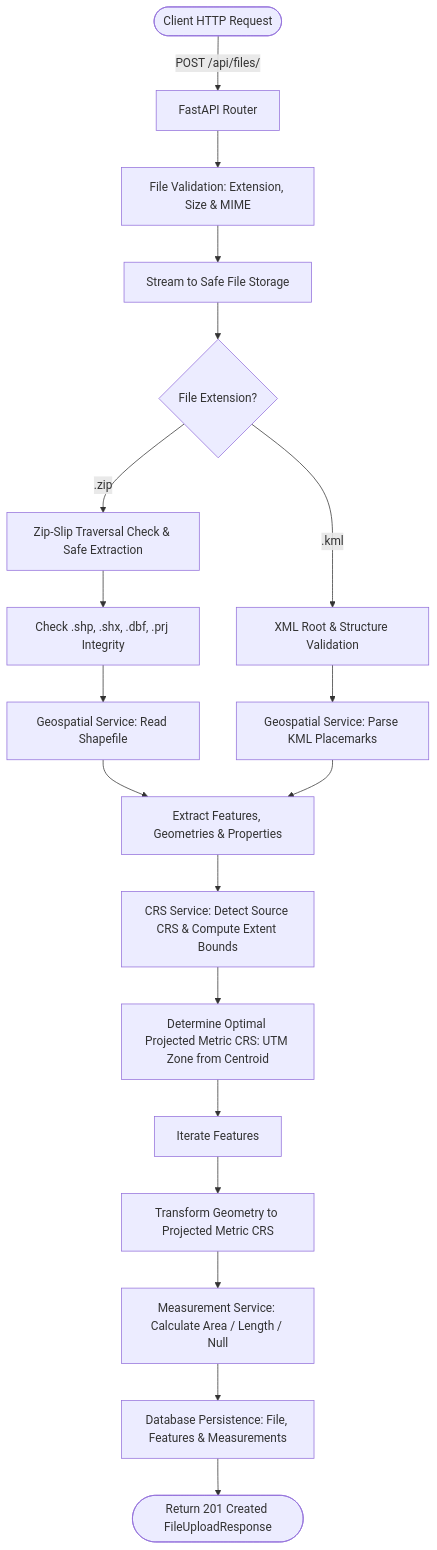
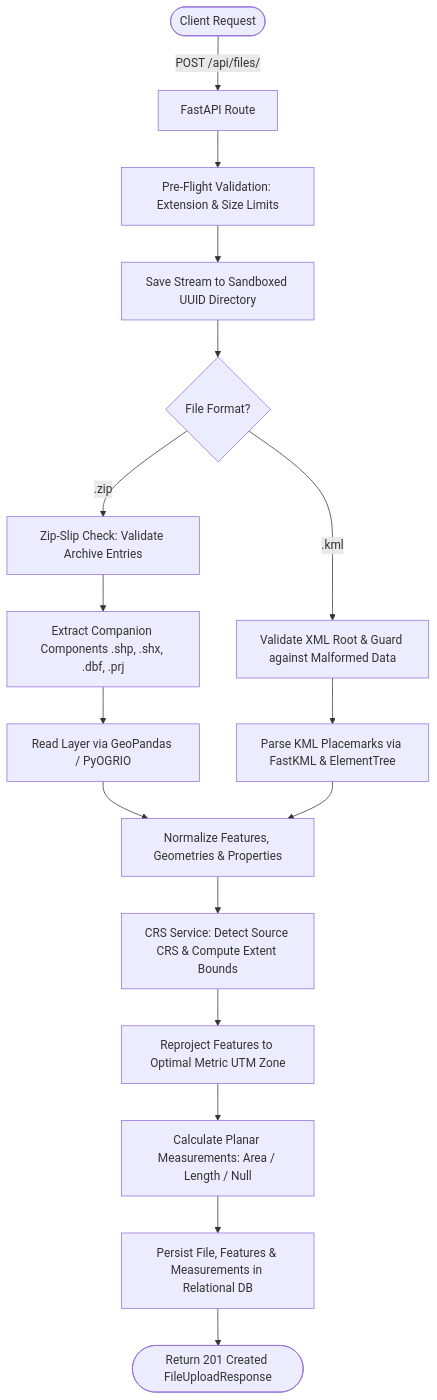
One commit to surhendhaar07/geospatial-file-measurement-api changed the first of 2 diagrams in README.md. Above: the diagram before and after it, drawn with Mermaid. The commit also changed other lines of this file, not shown here.

Commit message:
docs: update README with live Render deployment links, architecture, and design decisions

````diff
--- a/README.md
+++ b/README.md
@@ -166,29 +90,24 @@
 ```mermaid
 flowchart TD
-    Client([Client HTTP Request]) -->|POST /api/files/| Router[FastAPI Router]
-    Router --> FileValidation[File Validation: Extension, Size & MIME]
-    FileValidation --> Storage[Stream to Safe File Storage]
+    Client([Client Request]) -->|POST /api/files/| Route[FastAPI Route]
+    Route --> Val[Pre-Flight Validation: Extension & Size Limits]
+    Val --> SafeSave[Save Stream to Sandboxed UUID Directory]
     
-    Storage --> FormatBranch{File Extension?}
+    SafeSave --> ExtBranch{File Format?}
     
-    FormatBranch -->|.zip| ZipSafe[Zip-Slip Traversal Check & Safe Extraction]
-    ZipSafe --> ShpValidation[Check .shp, .shx, .dbf, .prj Integrity]
-    ShpValidation --> GeoReader[Geospatial Service: Read Shapefile]
+    ExtBranch -->|.zip| ZipSafe[Zip-Slip Check: Validate Archive Entries]
+    ZipSafe --> ShpExtract[Extract Companion Components .shp, .shx, .dbf, .prj]
+    ShpExtract --> ReadGeo[Read Layer via GeoPandas / PyOGRIO]
     
-    FormatBranch -->|.kml| KMLVal[XML Root & Structure Validation]
-    KMLVal --> KMLReader[Geospatial Service: Parse KML Placemarks]
+    ExtBranch -->|.kml| KMLVal[Validate XML Root & Guard against Malformed Data]
+    KMLVal --> ReadKML[Parse KML Placemarks via FastKML & ElementTree]
     
-    GeoReader --> FeatureExtraction[Extract Features, Geometries & Properties]
-    KMLReader --> FeatureExtraction
+    ReadGeo --> FeatNorm[Normalize Features, Geometries & Properties]
+    ReadKML --> FeatNorm
     
-    FeatureExtraction --> CRSDetect[CRS Service: Detect Source CRS & Compute Extent Bounds]
-    CRSDetect --> CalcUTM[Determine Optimal Projected Metric CRS: UTM Zone from Centroid]
-    
-    CalcUTM --> FeatureLoop[Iterate Features]
-    
-    FeatureLoop --> Reproject[Transform Geometry to Projected Metric CRS]
-    Reproject --> Measure[Measurement Service: Calculate Area / Length / Null]
-    
-    Measure --> Persist[Database Persistence: File, Features & Measurements]
-    Persist --> Response([Return 201 Created FileUploadResponse])
+    FeatNorm --> CRSStep[CRS Service: Detect Source CRS & Compute Extent Bounds]
+    CRSStep --> Reproject[Reproject Features to Optimal Metric UTM Zone]
+    Reproject --> Measure[Calculate Planar Measurements: Area / Length / Null]
+    Measure --> Persist[Persist File, Features & Measurements in Relational DB]
+    Persist --> Resp([Return 201 Created FileUploadResponse])
 ```
````
